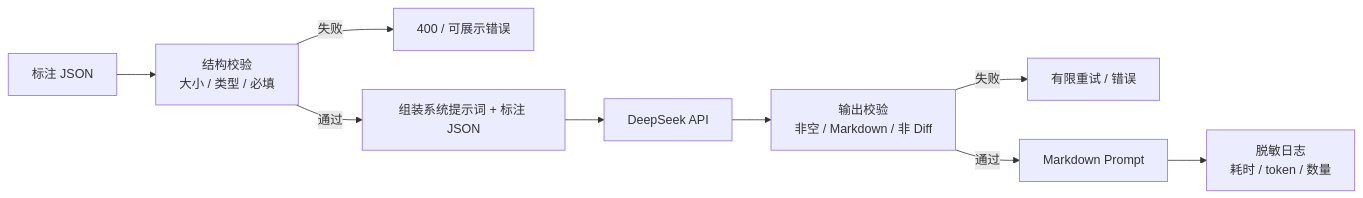
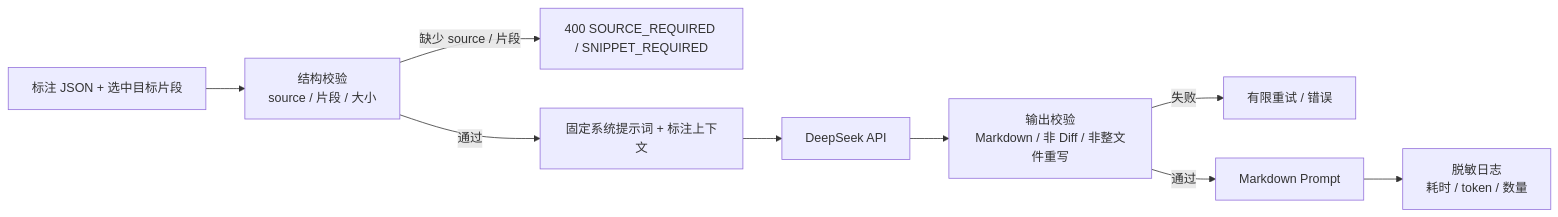
Before and after one commit to Cai199999/vibe-app: the sixth of 8 diagrams in docs/design/02.整体架构设计.md, drawn with Mermaid. The commit also changed other lines of this file, not shown here.

````diff
--- a/docs/design/02.整体架构设计.md
+++ b/docs/design/02.整体架构设计.md
@@ -372,11 +687,11 @@
 ```mermaid
 flowchart LR
-    REQ["标注 JSON"] --> VALID["结构校验<br/>大小 / 类型 / 必填"]
-    VALID -->|失败| ERR["400 / 可展示错误"]
-    VALID -->|通过| PROMPT["组装系统提示词 + 标注 JSON"]
+    REQ["标注 JSON + 选中目标片段"] --> VALID["结构校验<br/>source / 片段 / 大小"]
+    VALID -->|缺少 source / 片段| REJECT["400 SOURCE_REQUIRED / SNIPPET_REQUIRED"]
+    VALID -->|通过| PROMPT["固定系统提示词 + 标注上下文"]
     PROMPT --> DS["DeepSeek API"]
-    DS --> CHECK["输出校验<br/>非空 / Markdown / 非 Diff"]
+    DS --> CHECK["输出校验<br/>Markdown / 非 Diff / 非整文件重写"]
     CHECK -->|失败| RETRY["有限重试 / 错误"]
     CHECK -->|通过| RESP["Markdown Prompt"]
     RESP --> LOG["脱敏日志<br/>耗时 / token / 数量"]
 ```
````
